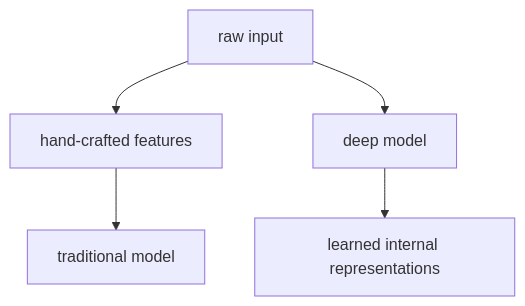
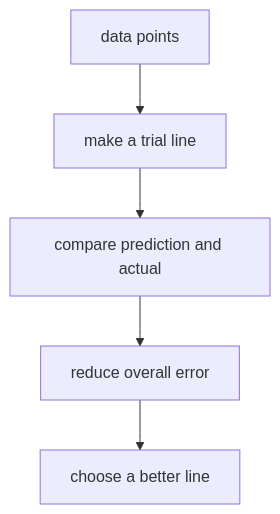
The third of 3 diagrams in docs/parts/part-04/chapter-10/section-01.md (devchan64/AiBook), drawn with Mermaid before and after one commit. The commit also changed other lines of this file and 213 other files, not shown here.

````diff
--- a/docs/parts/part-04/chapter-10/section-01.md
+++ b/docs/parts/part-04/chapter-10/section-01.md
@@ -166,13 +198,10 @@
 ```mermaid
 flowchart TD
-  A["raw input"]
-  B["hand-crafted features"]
-  C["traditional model"]
-  D["deep model"]
-  E["learned internal representations"]
+  A["data points"]
+  B["make a trial line"]
+  C["compare prediction and actual"]
+  D["reduce overall error"]
+  E["choose a better line"]
 
-  A --> B
-  B --> C
-  A --> D
-  D --> E
+  A --> B --> C --> D --> E
 ```
````
